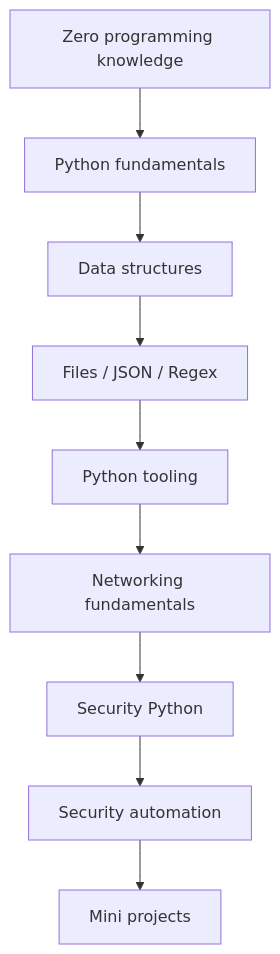
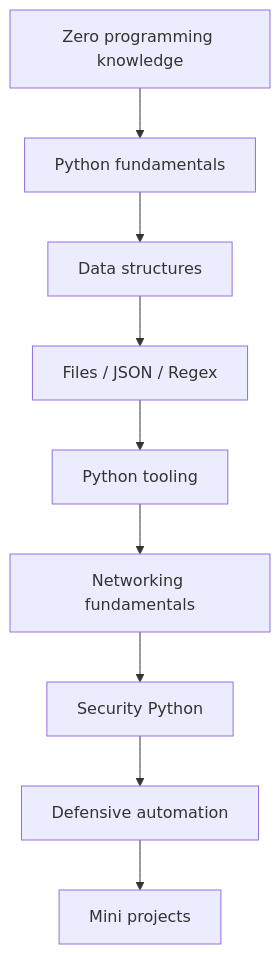
The diagram in docs/roadmap.md (KritSue/python-for-computer-security), drawn with Mermaid before and after one commit. The commit also changed 3 other files, not shown here.

````diff
--- a/docs/roadmap.md
+++ b/docs/roadmap.md
@@ -5,11 +5,11 @@
 ```mermaid
 flowchart TD
     A[Zero programming knowledge] --> B[Python fundamentals]
     B --> C[Data structures]
     C --> D[Files / JSON / Regex]
     D --> E[Python tooling]
     E --> F[Networking fundamentals]
     F --> G[Security Python]
-    G --> H[Security automation]
+    G --> H[Defensive automation]
     H --> I[Mini projects]
 ```
````
